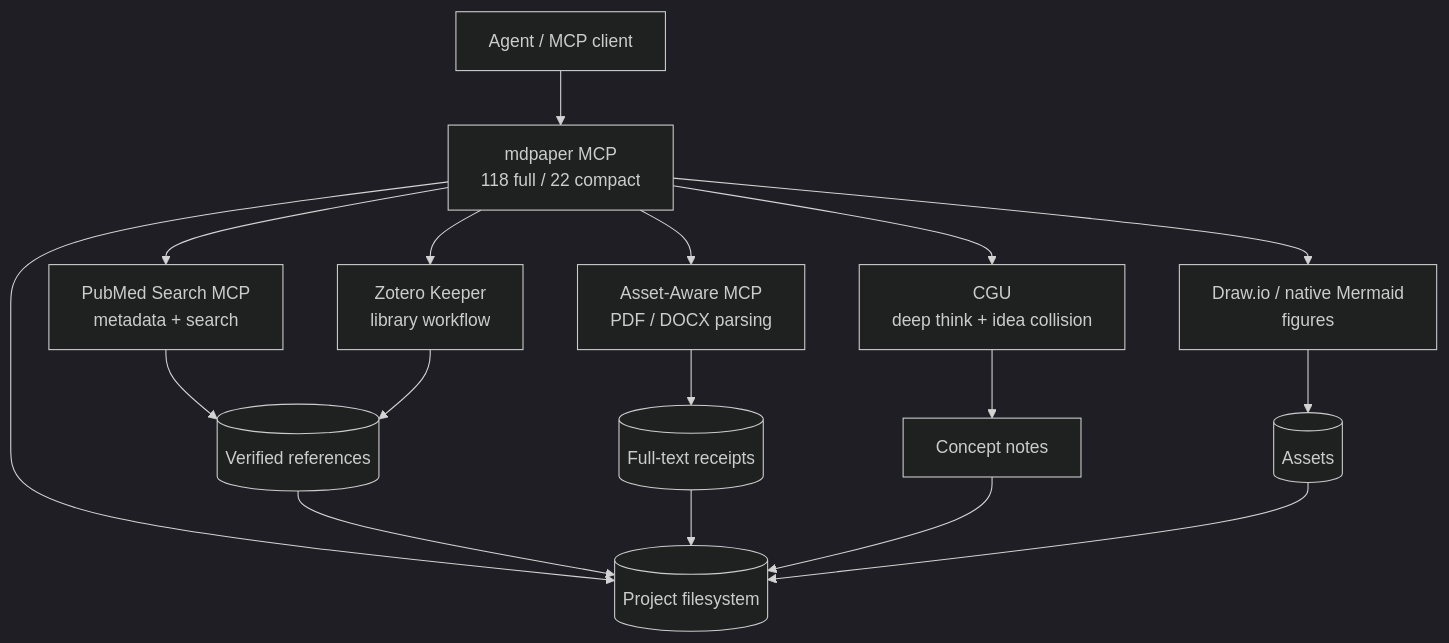
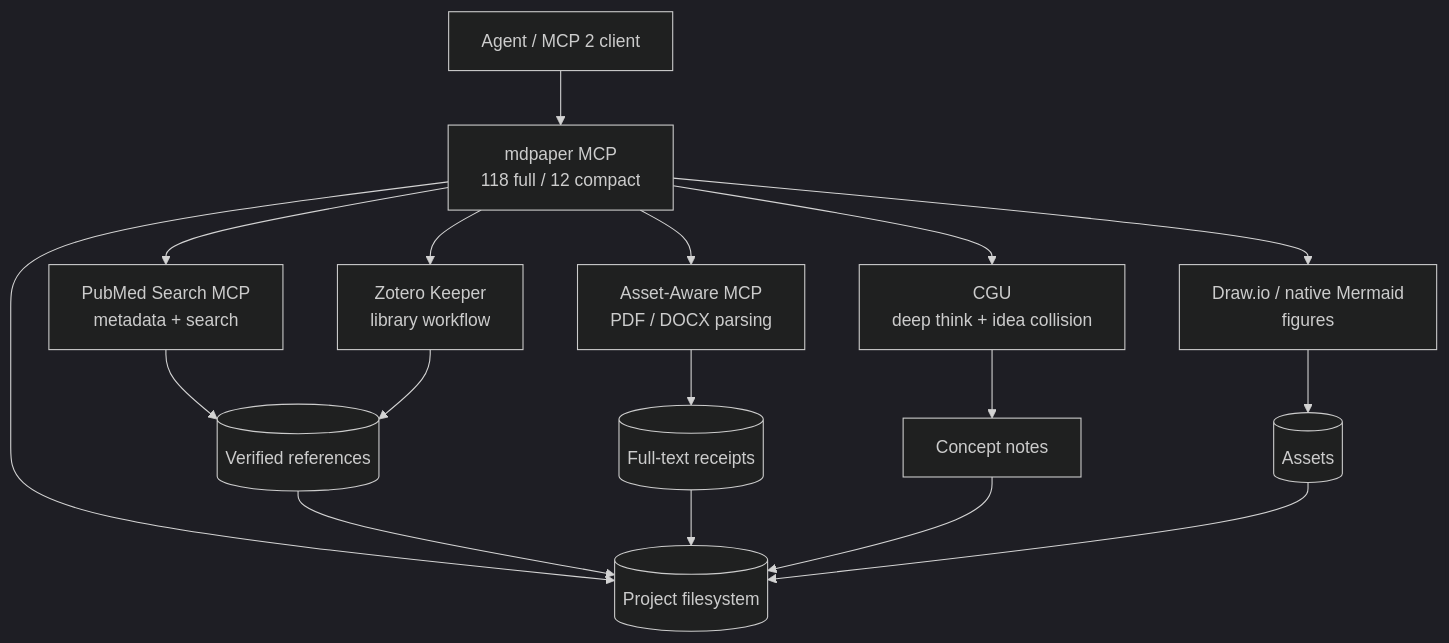
Before and after one commit to u9401066/med-paper-assistant: the first of 4 diagrams in docs/wiki/mcp-ecosystem.md, drawn with Mermaid (dark theme). The commit also changed other lines of this file and 36 other files, not shown here.

````diff
--- a/docs/wiki/mcp-ecosystem.md
+++ b/docs/wiki/mcp-ecosystem.md
@@ -7,17 +7,17 @@
 ```mermaid
 flowchart TB
-    Agent[Agent / MCP client] --> MDP[mdpaper MCP<br/>118 full / 22 compact]
+    Agent[Agent / MCP 2 client] --> MDP[mdpaper MCP<br/>118 full / 12 compact]
     MDP --> PubMed[PubMed Search MCP<br/>metadata + search]
     MDP --> Asset[Asset-Aware MCP<br/>PDF / DOCX parsing]
     MDP --> Zotero[Zotero Keeper<br/>library workflow]
     MDP --> CGU[CGU<br/>deep think + idea collision]
     MDP --> Draw[Draw.io / native Mermaid<br/>figures]
     MDP --> Files[(Project filesystem)]
 
     PubMed --> Verified[(Verified references)]
     Asset --> Fulltext[(Full-text receipts)]
     Zotero --> Verified
     CGU --> Concept[Concept notes]
     Draw --> Assets[(Assets)]
     Verified & Fulltext & Concept & Assets --> Files
 ```
````
